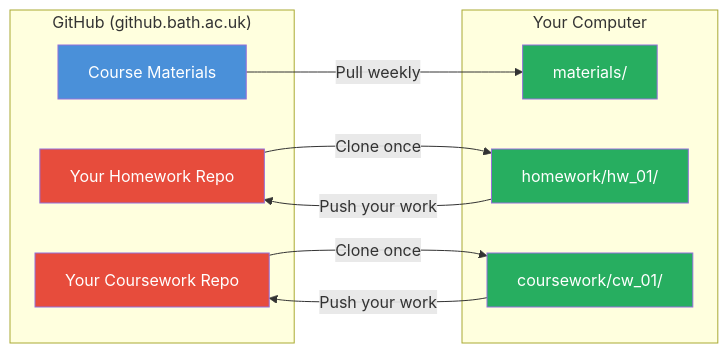
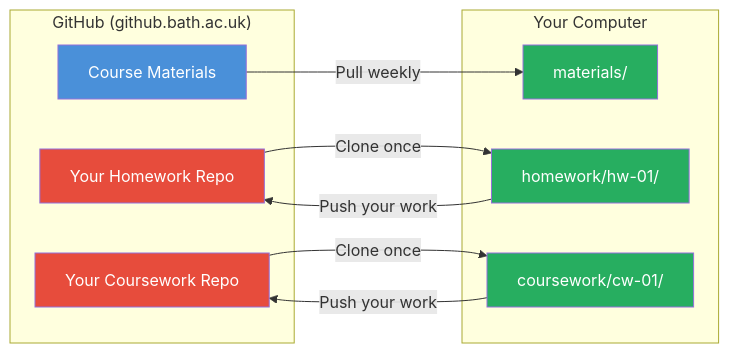
One commit to kanayai/ma22019_website changed the diagram in computing_setup/weekly_workflow.qmd. Above: the diagram before and after it, drawn with Mermaid. The commit also changed other lines of this file and 8 other files, not shown here.

````diff
--- a/computing_setup/weekly_workflow.qmd
+++ b/computing_setup/weekly_workflow.qmd
@@ -21,27 +21,27 @@
 ```{mermaid}
 flowchart LR
     subgraph GitHub["GitHub (github.bath.ac.uk)"]
         A["Course Materials"]
         B["Your Homework Repo"]
         E["Your Coursework Repo"]
     end
     
     subgraph Computer["Your Computer"]
         C["materials/"]
-        D["homework/hw_01/"]
-        F["coursework/cw_01/"]
+        D["homework/hw-01/"]
+        F["coursework/cw-01/"]
     end
     
     A -->|Pull weekly| C
     B -->|Clone once| D
     D -->|Push your work| B
     E -->|Clone once| F
     F -->|Push your work| E
     
     style A fill:#4a90d9,color:#fff
     style B fill:#e74c3c,color:#fff
     style C fill:#27ae60,color:#fff
     style D fill:#27ae60,color:#fff
     style E fill:#e74c3c,color:#fff
     style F fill:#27ae60,color:#fff
 ```
````
